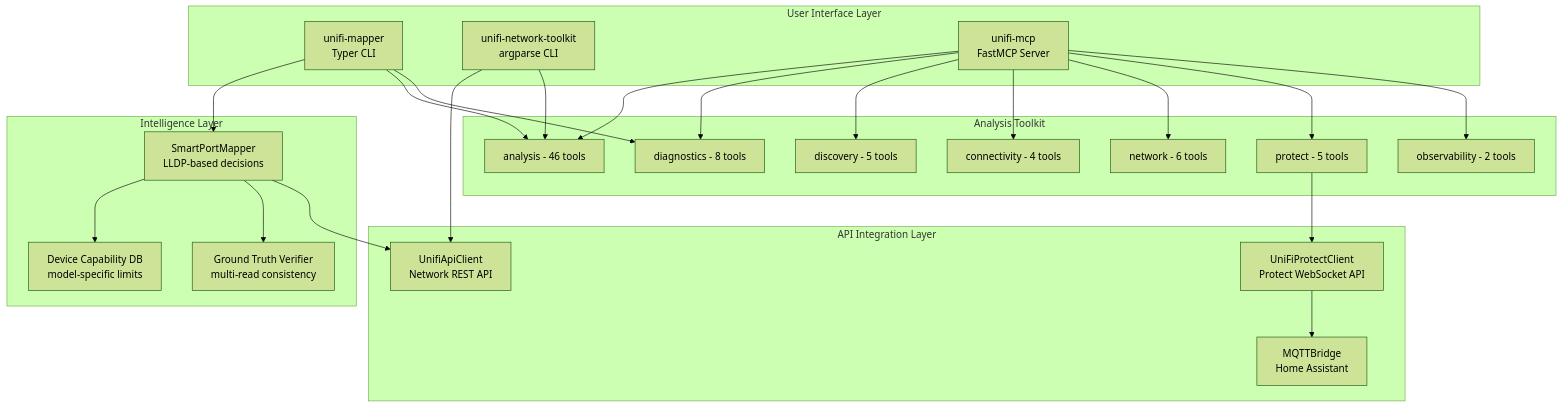
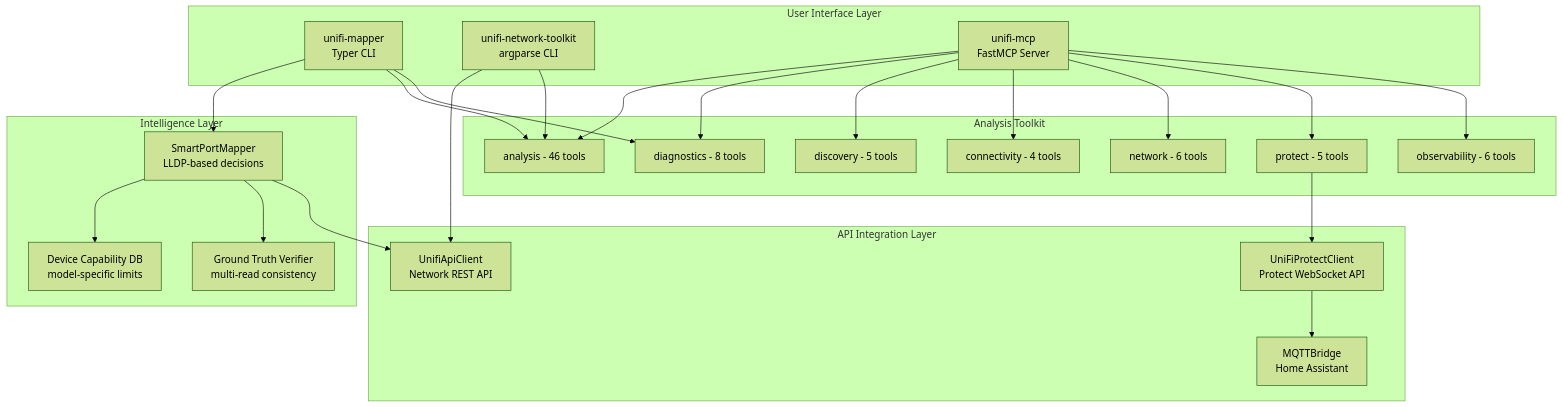
Diagram 20 of 20 in docs/guides/use-cases-and-howto.md (NetDevAutomate/unifi_management_cli), drawn with Mermaid (forest theme) before and after one commit. The commit also changed other lines of this file and 23 other files, not shown here.

````diff
--- a/docs/guides/use-cases-and-howto.md
+++ b/docs/guides/use-cases-and-howto.md
@@ -1821,50 +1821,50 @@
 ```mermaid
 flowchart TB
     subgraph UI["User Interface Layer"]
         A[unifi-mapper<br/>Typer CLI]
         B[unifi-network-toolkit<br/>argparse CLI]
         C[unifi-mcp<br/>FastMCP Server]
     end
 
     subgraph Intel["Intelligence Layer"]
         D[SmartPortMapper<br/>LLDP-based decisions]
         E[Device Capability DB<br/>model-specific limits]
         F[Ground Truth Verifier<br/>multi-read consistency]
     end
 
     subgraph Analysis["Analysis Toolkit"]
         G[analysis - 46 tools]
         H[diagnostics - 8 tools]
         I[discovery - 5 tools]
         J[connectivity - 4 tools]
         K[network - 6 tools]
         L[protect - 5 tools]
-        P[observability - 2 tools]
+        P[observability - 6 tools]
     end
 
     subgraph API["API Integration Layer"]
         M[UnifiApiClient<br/>Network REST API]
         N[UniFiProtectClient<br/>Protect WebSocket API]
         O[MQTTBridge<br/>Home Assistant]
     end
 
     A --> D
     A --> G
     A --> H
     B --> M
     B --> G
     C --> G
     C --> H
     C --> I
     C --> J
     C --> K
     C --> L
     C --> P
 
     D --> E
     D --> F
     D --> M
 
     L --> N
     N --> O
 ```
````
